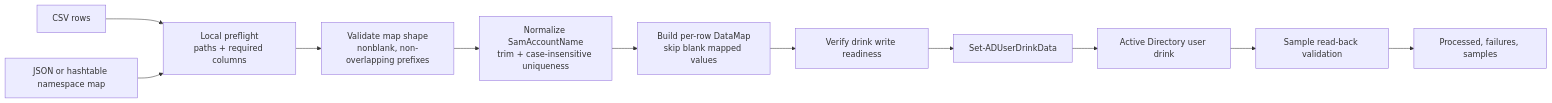
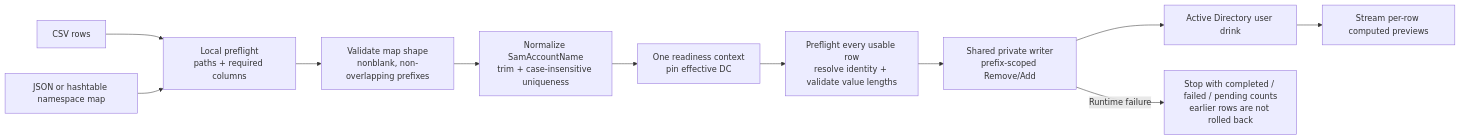
One commit to jonathanweinberg/DrunkenAD changed the fourth of 8 diagrams in docs/DIAGRAMS.md. Above: the diagram before and after it, drawn with Mermaid. The commit also changed other lines of this file and 17 other files, not shown here.

First line of the commit message:
docs: adjudicate October review and refresh write-flow visuals

````diff
--- a/docs/DIAGRAMS.md
+++ b/docs/DIAGRAMS.md
@@ -105,13 +102,13 @@
 ```mermaid
 flowchart LR
     CSV["CSV rows"] --> LOCAL["Local preflight<br/>paths + required columns"]
     MAP["JSON or hashtable namespace map"] --> LOCAL
     LOCAL --> OWNERSHIP["Validate map shape<br/>nonblank, non-overlapping prefixes"]
     OWNERSHIP --> IDENTITIES["Normalize SamAccountName<br/>trim + case-insensitive uniqueness"]
-    IDENTITIES --> ROW["Build per-row DataMap<br/>skip blank mapped values"]
-    ROW --> READY["Verify drink write readiness"]
-    READY --> WRITE["Set-ADUserDrinkData"]
+    IDENTITIES --> READY["One readiness context<br/>pin effective DC"]
+    READY --> ROW["Preflight every usable row<br/>resolve identity + validate value lengths"]
+    ROW --> WRITE["Shared private writer<br/>prefix-scoped Remove/Add"]
     WRITE --> AD["Active Directory user drink"]
-    AD --> READBACK["Sample read-back validation"]
-    READBACK --> REPORT["Processed, failures, samples"]
+    AD --> REPORT["Stream per-row computed previews"]
+    WRITE -->|Runtime failure| FAILURE["Stop with completed / failed / pending counts<br/>earlier rows are not rolled back"]
 ```
````
